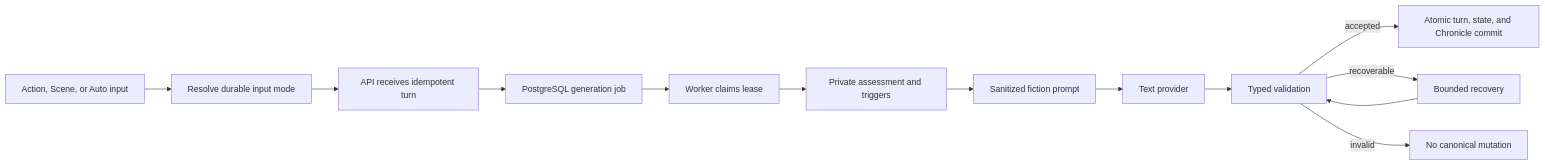
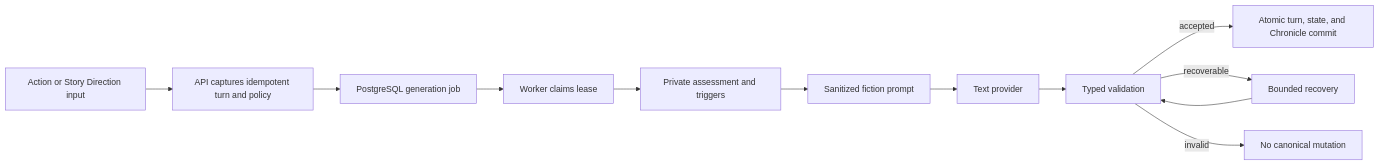
The diagram in docs/concepts/story-engine.md (cmacnichol/infinite-quest-nexus), drawn with Mermaid before and after one commit. The commit also changed other lines of this file and 32 other files, not shown here.

````diff
--- a/docs/concepts/story-engine.md
+++ b/docs/concepts/story-engine.md
@@ -5,15 +5,14 @@
 ```mermaid
 flowchart LR
-  Input["Action, Scene, or Auto input"] --> Resolve["Resolve durable input mode"]
-  Resolve --> API["API receives idempotent turn"]
+  Input["Action or Story Direction input"] --> API["API captures idempotent turn and policy"]
   API --> Job["PostgreSQL generation job"]
   Job --> Worker["Worker claims lease"]
   Worker --> Assess["Private assessment and triggers"]
   Assess --> Prompt["Sanitized fiction prompt"]
   Prompt --> Provider["Text provider"]
   Provider --> Validate["Typed validation"]
   Validate -->|"accepted"| Commit["Atomic turn, state, and Chronicle commit"]
   Validate -->|"recoverable"| Recover["Bounded recovery"]
   Validate -->|"invalid"| Failed["No canonical mutation"]
   Recover --> Validate
 ```
````
